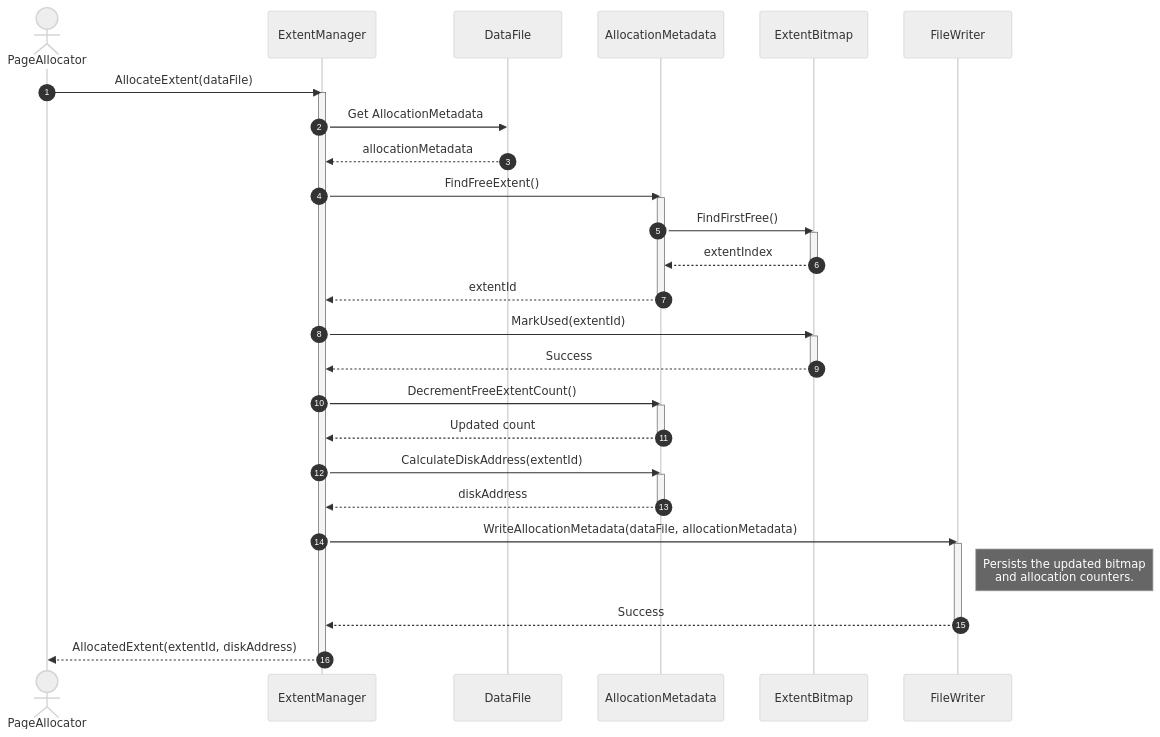
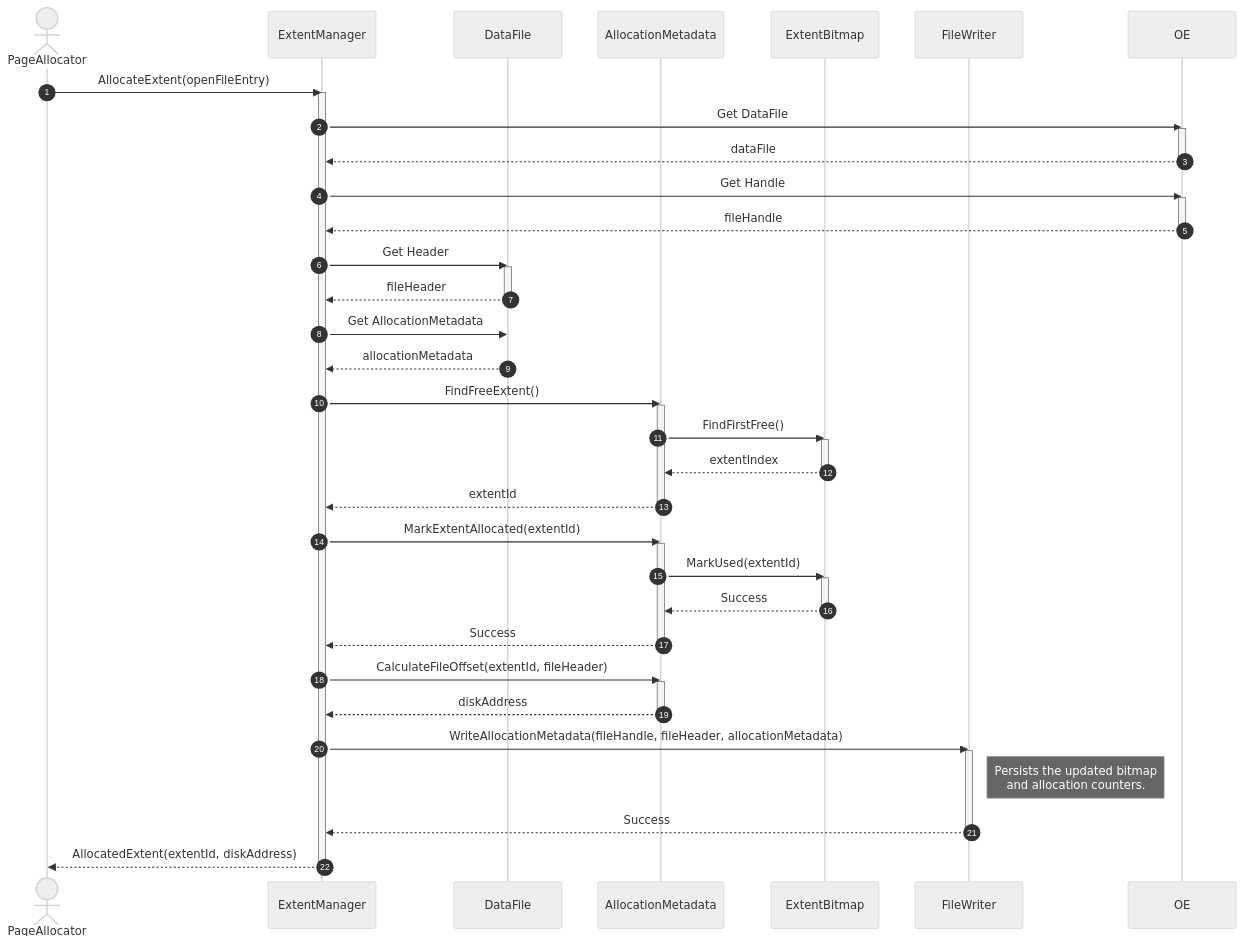
One commit to manaxpow/DBMS changed the first of 6 diagrams in docs/diagrams/sequence-diagrams/storage-engine/file-management/extent-management/allocate-extent.md. Above: the diagram before and after it, drawn with Mermaid (neutral theme). The commit also changed other lines of this file and 98 other files, not shown here.

````diff
--- a/docs/diagrams/sequence-diagrams/storage-engine/file-management/extent-management/allocate-extent.md
+++ b/docs/diagrams/sequence-diagrams/storage-engine/file-management/extent-management/allocate-extent.md
@@ -19,52 +19,66 @@
 ```mermaid
 sequenceDiagram
     autonumber
 
     actor PA as PageAllocator
     participant EM as ExtentManager
     participant DF as DataFile
     participant AM as AllocationMetadata
     participant EB as ExtentBitmap
     participant FW as FileWriter
 
-    PA->>EM: AllocateExtent(dataFile)
+    PA->>EM: AllocateExtent(openFileEntry)
     activate EM
+
+    EM->>OE: Get DataFile
+    activate OE
+    OE-->>EM: dataFile
+    deactivate OE
+
+    EM->>OE: Get Handle
+    activate OE
+    OE-->>EM: fileHandle
+    deactivate OE
+
+    EM->>DF: Get Header
+    activate DF
+    DF-->>EM: fileHeader
+    deactivate DF
 
     EM->>DF: Get AllocationMetadata
     DF-->>EM: allocationMetadata
 
     EM->>AM: FindFreeExtent()
     activate AM
 
     AM->>EB: FindFirstFree()
     activate EB
     EB-->>AM: extentIndex
     deactivate EB
 
     AM-->>EM: extentId
     deactivate AM
 
-    EM->>EB: MarkUsed(extentId)
+    EM->>AM: MarkExtentAllocated(extentId)
+    activate AM
+    AM->>EB: MarkUsed(extentId)
     activate EB
-    EB-->>EM: Success
+    EB-->>AM: Success
     deactivate EB
-
-    EM->>AM: DecrementFreeExtentCount()
-    activate AM
-    AM-->>EM: Updated count
+    AM-->>EM: Success
     deactivate AM
 
-    EM->>AM: CalculateDiskAddress(extentId)
+    EM->>AM: CalculateFileOffset(extentId, fileHeader)
     activate AM
     AM-->>EM: diskAddress
     deactivate AM
 
-    EM->>FW: WriteAllocationMetadata(dataFile, allocationMetadata)
+    EM->>FW: WriteAllocationMetadata(fileHandle, fileHeader, allocationMetadata)
     activate FW
     note right of FW: Persists the updated bitmap<br/>and allocation counters.
     FW-->>EM: Success
     deactivate FW
 
     EM-->>PA: AllocatedExtent(extentId, diskAddress)
     deactivate EM
 ```
````
